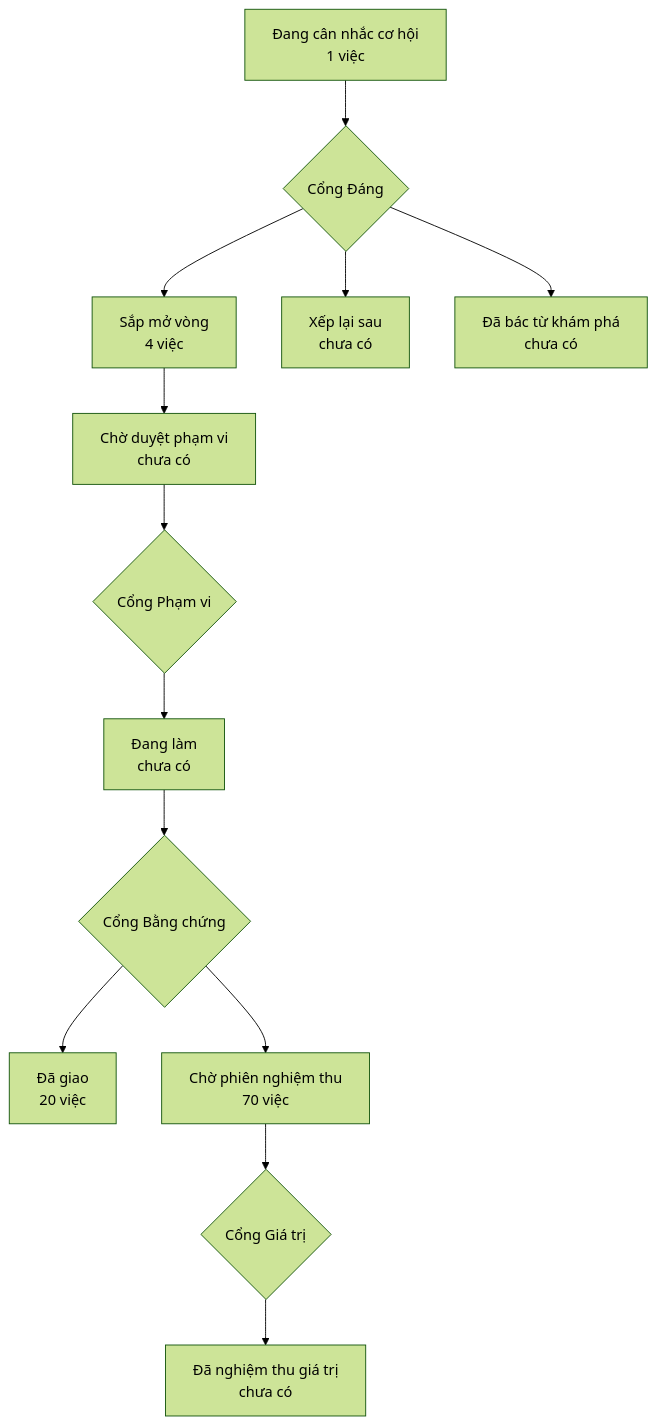
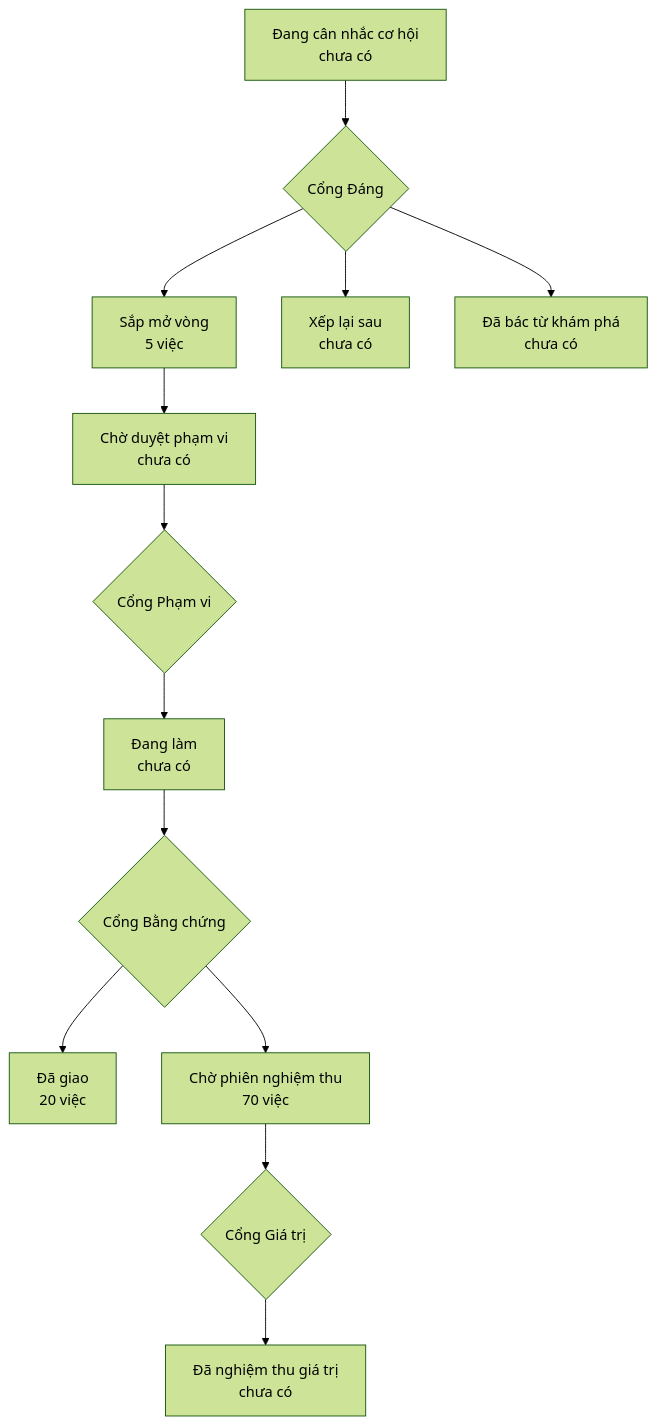
The diagram in PRODUCT-MAP.md (phanlemanh/onehub-quy-hang), drawn with Mermaid (forest theme) before and after one commit. The commit also changed other lines of this file and 2 other files, not shown here.

Commit message:
chore(acceptance): man-lien-he — Cổng Đáng: build (Manh Phan)

````diff
--- a/PRODUCT-MAP.md
+++ b/PRODUCT-MAP.md
@@ -7,12 +7,12 @@
 ```mermaid
 flowchart TD
-  A["Đang cân nhắc cơ hội<br/>1 việc"] --> GD{"Cổng Đáng"}
-  GD --> B["Sắp mở vòng<br/>4 việc"]
+  A["Đang cân nhắc cơ hội<br/>chưa có"] --> GD{"Cổng Đáng"}
+  GD --> B["Sắp mở vòng<br/>5 việc"]
   GD --> XL["Xếp lại sau<br/>chưa có"]
   GD --> DB["Đã bác từ khám phá<br/>chưa có"]
   B --> CD["Chờ duyệt phạm vi<br/>chưa có"] --> GP{"Cổng Phạm vi"}
   GP --> DL["Đang làm<br/>chưa có"] --> GB{"Cổng Bằng chứng"}
   GB --> DG["Đã giao<br/>20 việc"]
   GB --> CN["Chờ phiên nghiệm thu<br/>70 việc"] --> GG{"Cổng Giá trị"}
   GG --> NT["Đã nghiệm thu giá trị<br/>chưa có"]
 ```
````
